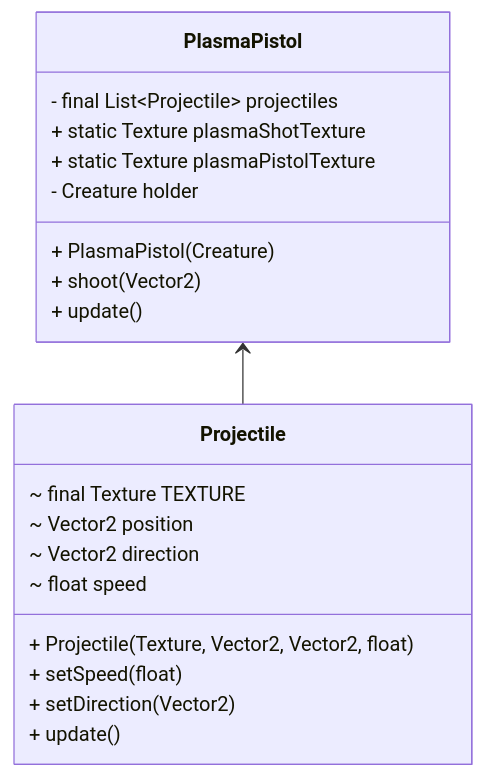
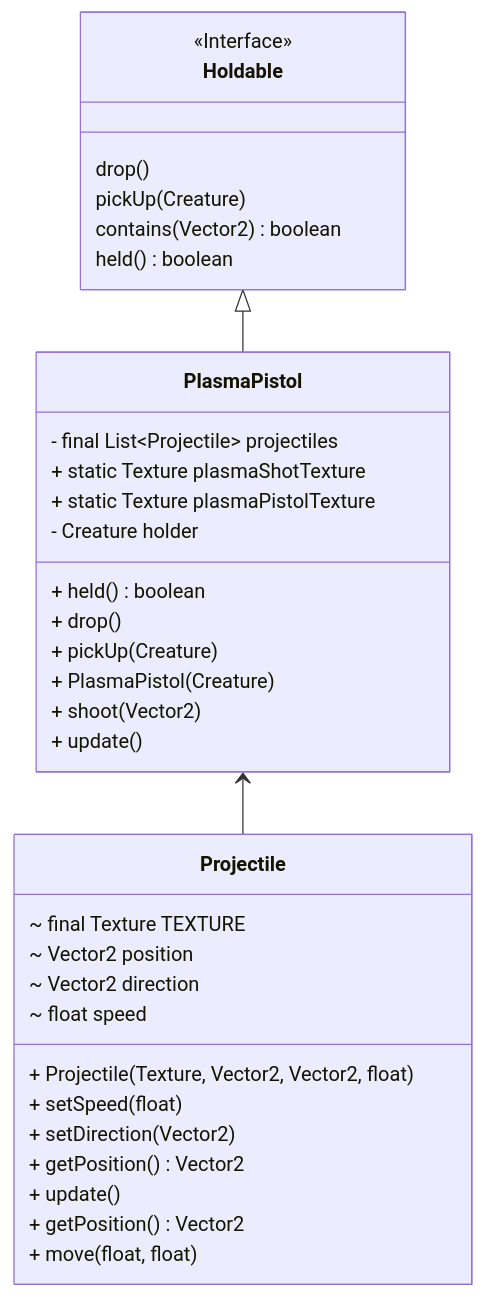
One commit to StrangeClone/PixelStars changed the diagram in core/src/com/pixelstar/gameobject/weapons/README.md. Above: the diagram before and after it, drawn with Mermaid. The commit also changed 10 other files, not shown here.

Commit message:
Commit 0.8 - PlasmaPistol can now be dropped and picked up

````diff
--- a/core/src/com/pixelstar/gameobject/weapons/README.md
+++ b/core/src/com/pixelstar/gameobject/weapons/README.md
@@ -5,24 +5,37 @@
 ```mermaid
 classDiagram
-
+class Holdable {
+   <<Interface>>
+   drop()
+   pickUp(Creature)
+   contains(Vector2) boolean
+   held() boolean
+}
 class PlasmaPistol {
     - final List~Projectile~ projectiles
     + static Texture plasmaShotTexture
     + static Texture plasmaPistolTexture
     - Creature holder
+    + held() boolean
+    + drop()
+    + pickUp(Creature)
     + PlasmaPistol(Creature)
     + shoot(Vector2)
     + update()
 }
+Holdable <|-- PlasmaPistol
 class Projectile {
     ~ final Texture TEXTURE
     ~ Vector2 position
     ~ Vector2 direction
     ~ float speed
     + Projectile(Texture, Vector2, Vector2, float)
     + setSpeed(float)
     + setDirection(Vector2)
+    + getPosition() Vector2
     + update()
+    + getPosition() Vector2
+    + move(float, float)
 }
 PlasmaPistol <-- Projectile
 ```
````
